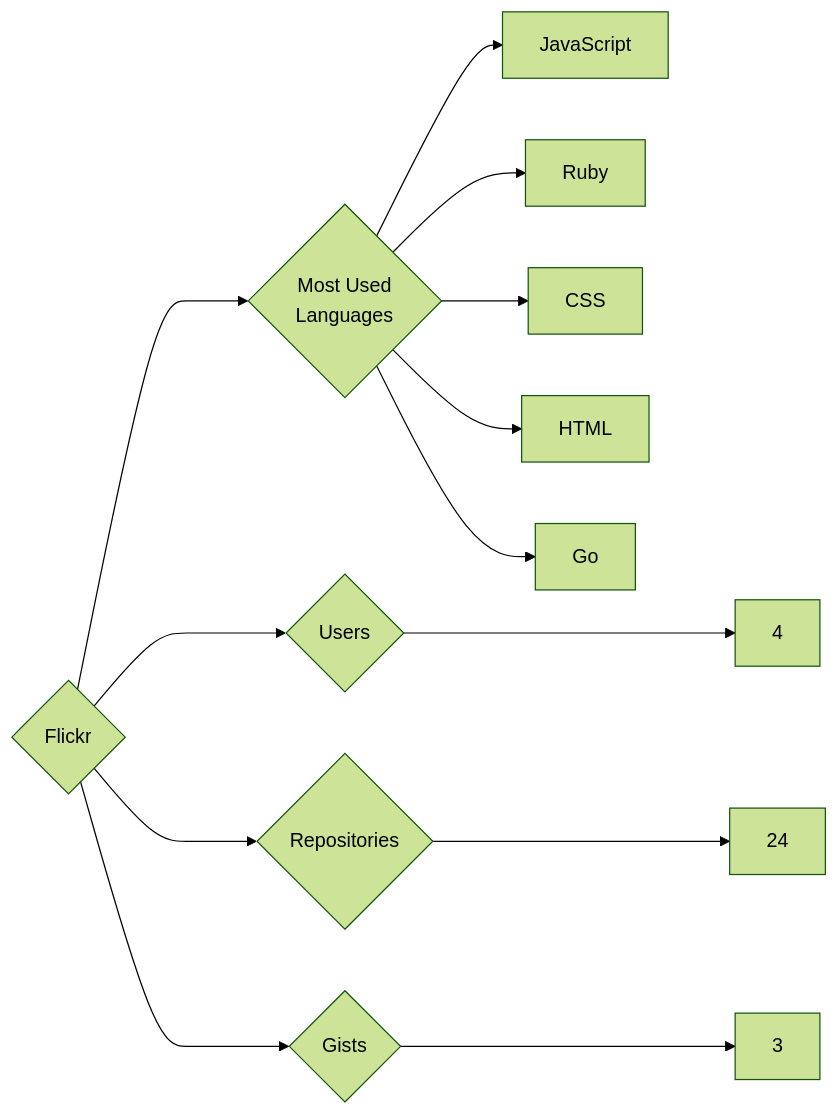
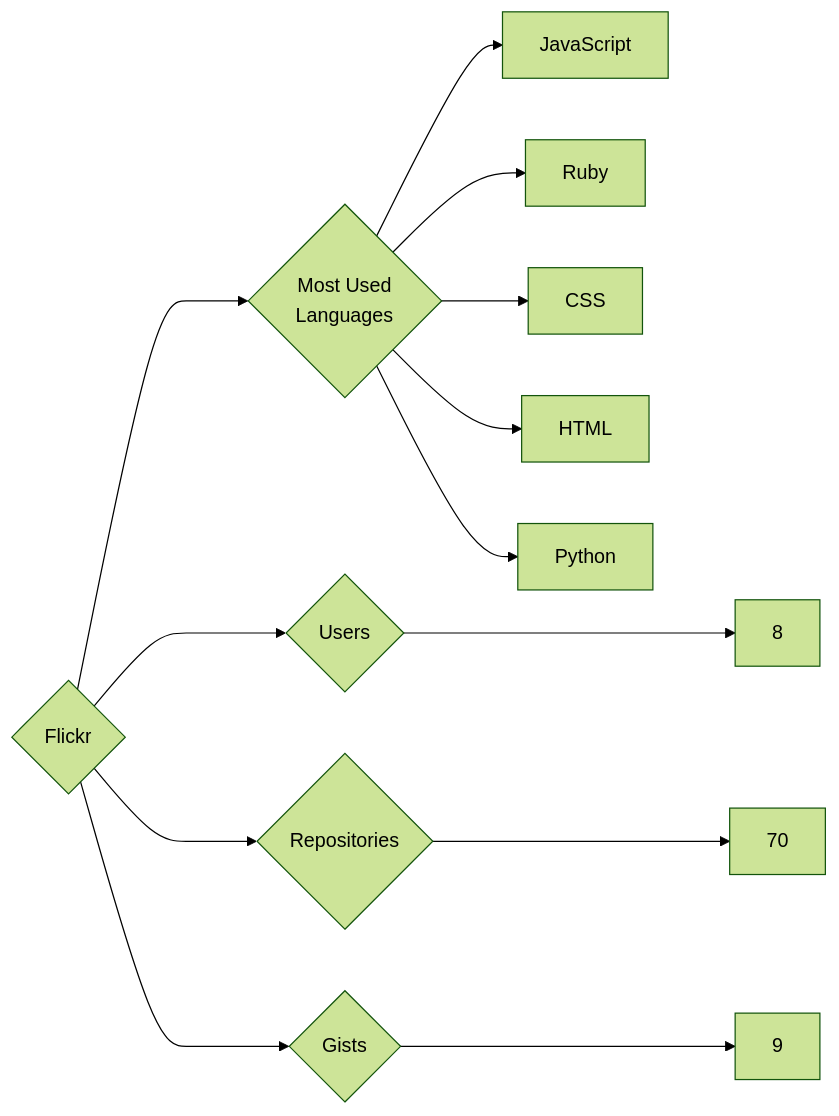
The diagram in targets/Flickr/README.md (trickest/insiders), drawn with Mermaid (forest theme) before and after one commit. The commit also changed 1055 other files, not shown here.

````diff
--- a/targets/Flickr/README.md
+++ b/targets/Flickr/README.md
@@ -3,13 +3,13 @@
 ```mermaid
 graph LR
 COMPANY_NAME{Flickr}
-COMPANY_NAME ---> U{Users} ---> UN[4]
-COMPANY_NAME ---> R{Repositories} ---> RN[24]
-COMPANY_NAME ---> G{Gists} ---> GN[3]
+COMPANY_NAME ---> U{Users} ---> UN[8]
+COMPANY_NAME ---> R{Repositories} ---> RN[70]
+COMPANY_NAME ---> G{Gists} ---> GN[9]
 COMPANY_NAME ---> ML{Most Used<br>Languages}
 ML --> JavaScript[JavaScript]
 ML --> Ruby[Ruby]
 ML --> CSS[CSS]
 ML --> HTML[HTML]
-ML --> Go[Go]
+ML --> Python[Python]
 ```
````
